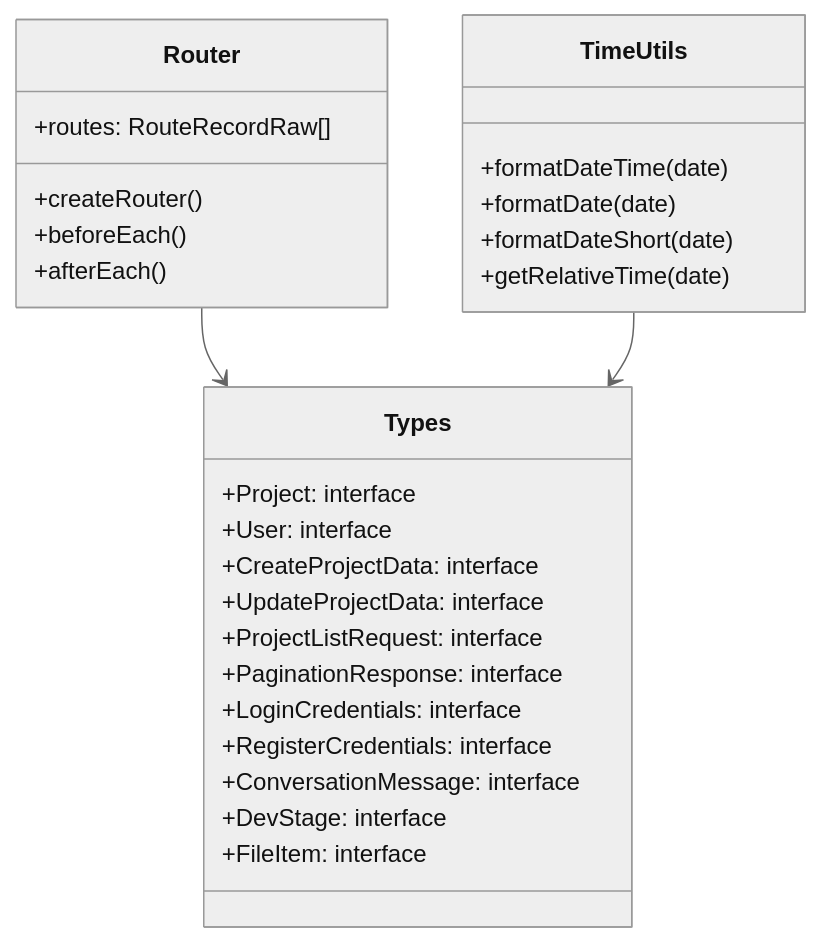
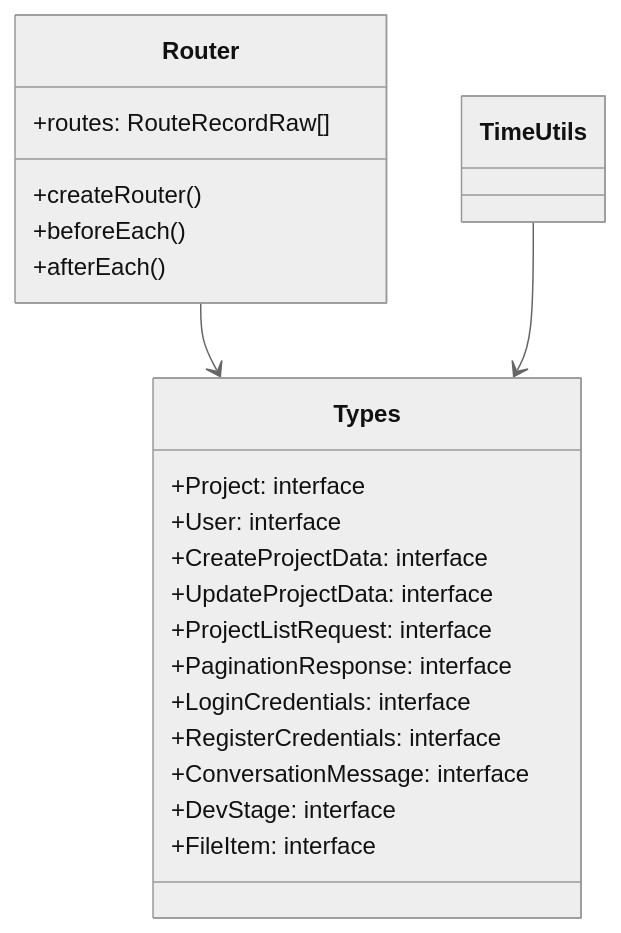
The sixth of 9 diagrams in frontend/architect/ARCHITECTURE.md (lighthought/app-maker), drawn with Mermaid (neutral theme) before and after one commit. The commit also changed other lines of this file and 3 other files, not shown here.

````diff
--- a/frontend/architect/ARCHITECTURE.md
+++ b/frontend/architect/ARCHITECTURE.md
@@ -310,33 +329,26 @@
 ```mermaid
 classDiagram
-    class TimeUtils {
-        +formatDateTime(date)
-        +formatDate(date)
-        +formatDateShort(date)
-        +getRelativeTime(date)
-    }
-
     class Router {
         +routes: RouteRecordRaw[]
         +createRouter()
         +beforeEach()
         +afterEach()
     }
 
     class Types {
         +Project: interface
         +User: interface
         +CreateProjectData: interface
         +UpdateProjectData: interface
         +ProjectListRequest: interface
         +PaginationResponse: interface
         +LoginCredentials: interface
         +RegisterCredentials: interface
         +ConversationMessage: interface
         +DevStage: interface
         +FileItem: interface
     }
 
     Router --> Types
     TimeUtils --> Types
 ```
````
